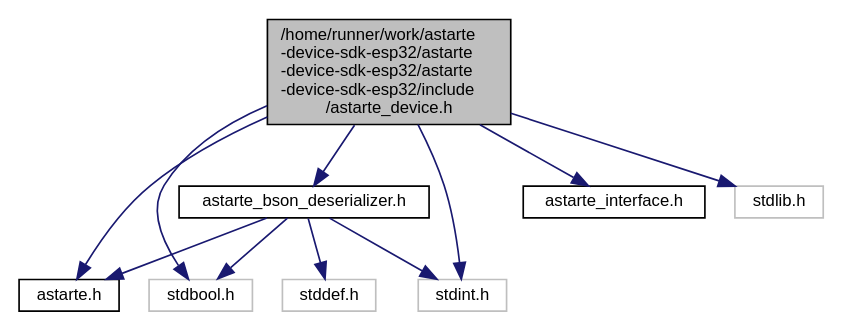
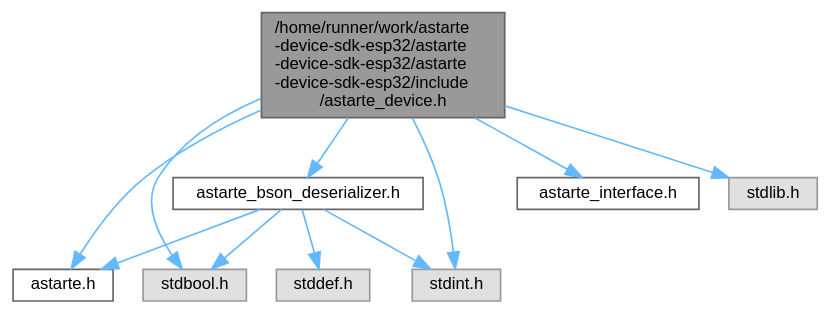
One commit to astarte-platform/docs changed the diagram in device-sdks/esp32/snapshot/api/astarte__device_8h__incl.dot. Above: the diagram before and after it, drawn with Graphviz. The commit also changed 181 other files, not shown here.

Commit message:
Update ESP32 SDK documentation

```diff
--- a/device-sdks/esp32/snapshot/api/astarte__device_8h__incl.dot
+++ b/device-sdks/esp32/snapshot/api/astarte__device_8h__incl.dot
@@ -1,24 +1,25 @@
 digraph "/home/runner/work/astarte-device-sdk-esp32/astarte-device-sdk-esp32/astarte-device-sdk-esp32/include/astarte_device.h"
 {
  // LATEX_PDF_SIZE
-  edge [fontname="Helvetica",fontsize="10",labelfontname="Helvetica",labelfontsize="10"];
-  node [fontname="Helvetica",fontsize="10",shape=record];
-  Node1 [label="/home/runner/work/astarte\l-device-sdk-esp32/astarte\l-device-sdk-esp32/astarte\l-device-sdk-esp32/include\l/astarte_device.h",height=0.2,width=0.4,color="black", fillcolor="grey75", style="filled", fontcolor="black",tooltip="Astarte device SDK high level API."];
-  Node1 -> Node2 [color="midnightblue",fontsize="10",style="solid",fontname="Helvetica"];
-  Node2 [label="astarte.h",height=0.2,width=0.4,color="black", fillcolor="white", style="filled",URL="$astarte_8h.html",tooltip="Astarte types and defines."];
-  Node1 -> Node3 [color="midnightblue",fontsize="10",style="solid",fontname="Helvetica"];
-  Node3 [label="astarte_bson_deserializer.h",height=0.2,width=0.4,color="black", fillcolor="white", style="filled",URL="$astarte__bson__deserializer_8h.html",tooltip="Astarte BSON deserialization functions."];
-  Node3 -> Node2 [color="midnightblue",fontsize="10",style="solid",fontname="Helvetica"];
-  Node3 -> Node4 [color="midnightblue",fontsize="10",style="solid",fontname="Helvetica"];
-  Node4 [label="stdbool.h",height=0.2,width=0.4,color="grey75", fillcolor="white", style="filled",tooltip=" "];
-  Node3 -> Node5 [color="midnightblue",fontsize="10",style="solid",fontname="Helvetica"];
-  Node5 [label="stddef.h",height=0.2,width=0.4,color="grey75", fillcolor="white", style="filled",tooltip=" "];
-  Node3 -> Node6 [color="midnightblue",fontsize="10",style="solid",fontname="Helvetica"];
-  Node6 [label="stdint.h",height=0.2,width=0.4,color="grey75", fillcolor="white", style="filled",tooltip=" "];
-  Node1 -> Node7 [color="midnightblue",fontsize="10",style="solid",fontname="Helvetica"];
-  Node7 [label="astarte_interface.h",height=0.2,width=0.4,color="black", fillcolor="white", style="filled",URL="$astarte__interface_8h.html",tooltip="Astarte interface functions."];
-  Node1 -> Node4 [color="midnightblue",fontsize="10",style="solid",fontname="Helvetica"];
-  Node1 -> Node6 [color="midnightblue",fontsize="10",style="solid",fontname="Helvetica"];
-  Node1 -> Node8 [color="midnightblue",fontsize="10",style="solid",fontname="Helvetica"];
-  Node8 [label="stdlib.h",height=0.2,width=0.4,color="grey75", fillcolor="white", style="filled",tooltip=" "];
+  bgcolor="transparent";
+  edge [fontname=Helvetica,fontsize=10,labelfontname=Helvetica,labelfontsize=10];
+  node [fontname=Helvetica,fontsize=10,shape=box,height=0.2,width=0.4];
+  Node1 [id="Node000001",label="/home/runner/work/astarte\l-device-sdk-esp32/astarte\l-device-sdk-esp32/astarte\l-device-sdk-esp32/include\l/astarte_device.h",height=0.2,width=0.4,color="gray40", fillcolor="grey60", style="filled", fontcolor="black",tooltip="Astarte device SDK high level API."];
+  Node1 -> Node2 [id="edge1_Node000001_Node000002",color="steelblue1",style="solid",tooltip=" "];
+  Node2 [id="Node000002",label="astarte.h",height=0.2,width=0.4,color="grey40", fillcolor="white", style="filled",URL="$astarte_8h.html",tooltip="Astarte types and defines."];
+  Node1 -> Node3 [id="edge2_Node000001_Node000003",color="steelblue1",style="solid",tooltip=" "];
+  Node3 [id="Node000003",label="astarte_bson_deserializer.h",height=0.2,width=0.4,color="grey40", fillcolor="white", style="filled",URL="$astarte__bson__deserializer_8h.html",tooltip="Astarte BSON deserialization functions."];
+  Node3 -> Node2 [id="edge3_Node000003_Node000002",color="steelblue1",style="solid",tooltip=" "];
+  Node3 -> Node4 [id="edge4_Node000003_Node000004",color="steelblue1",style="solid",tooltip=" "];
+  Node4 [id="Node000004",label="stdbool.h",height=0.2,width=0.4,color="grey60", fillcolor="#E0E0E0", style="filled",tooltip=" "];
+  Node3 -> Node5 [id="edge5_Node000003_Node000005",color="steelblue1",style="solid",tooltip=" "];
+  Node5 [id="Node000005",label="stddef.h",height=0.2,width=0.4,color="grey60", fillcolor="#E0E0E0", style="filled",tooltip=" "];
+  Node3 -> Node6 [id="edge6_Node000003_Node000006",color="steelblue1",style="solid",tooltip=" "];
+  Node6 [id="Node000006",label="stdint.h",height=0.2,width=0.4,color="grey60", fillcolor="#E0E0E0", style="filled",tooltip=" "];
+  Node1 -> Node7 [id="edge7_Node000001_Node000007",color="steelblue1",style="solid",tooltip=" "];
+  Node7 [id="Node000007",label="astarte_interface.h",height=0.2,width=0.4,color="grey40", fillcolor="white", style="filled",URL="$astarte__interface_8h.html",tooltip="Astarte interface functions."];
+  Node1 -> Node4 [id="edge8_Node000001_Node000004",color="steelblue1",style="solid",tooltip=" "];
+  Node1 -> Node6 [id="edge9_Node000001_Node000006",color="steelblue1",style="solid",tooltip=" "];
+  Node1 -> Node8 [id="edge10_Node000001_Node000008",color="steelblue1",style="solid",tooltip=" "];
+  Node8 [id="Node000008",label="stdlib.h",height=0.2,width=0.4,color="grey60", fillcolor="#E0E0E0", style="filled",tooltip=" "];
 }
```
